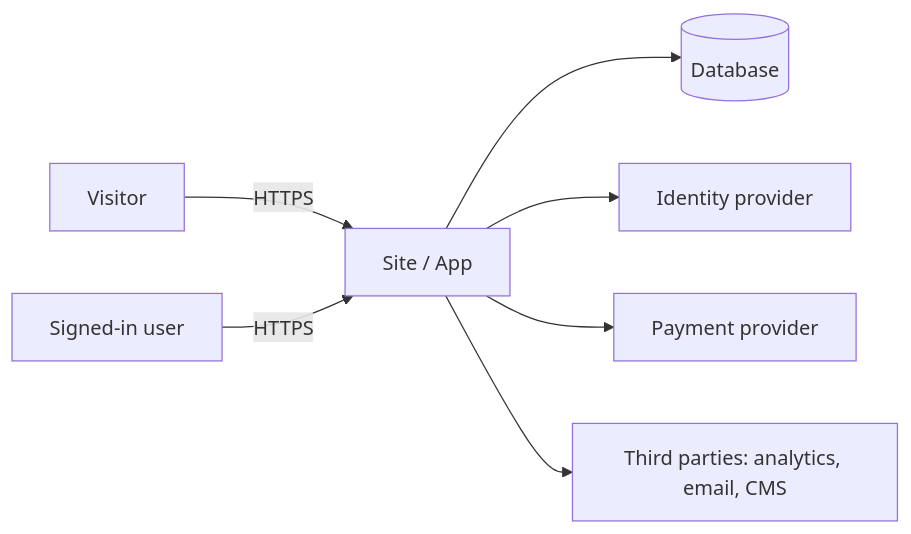
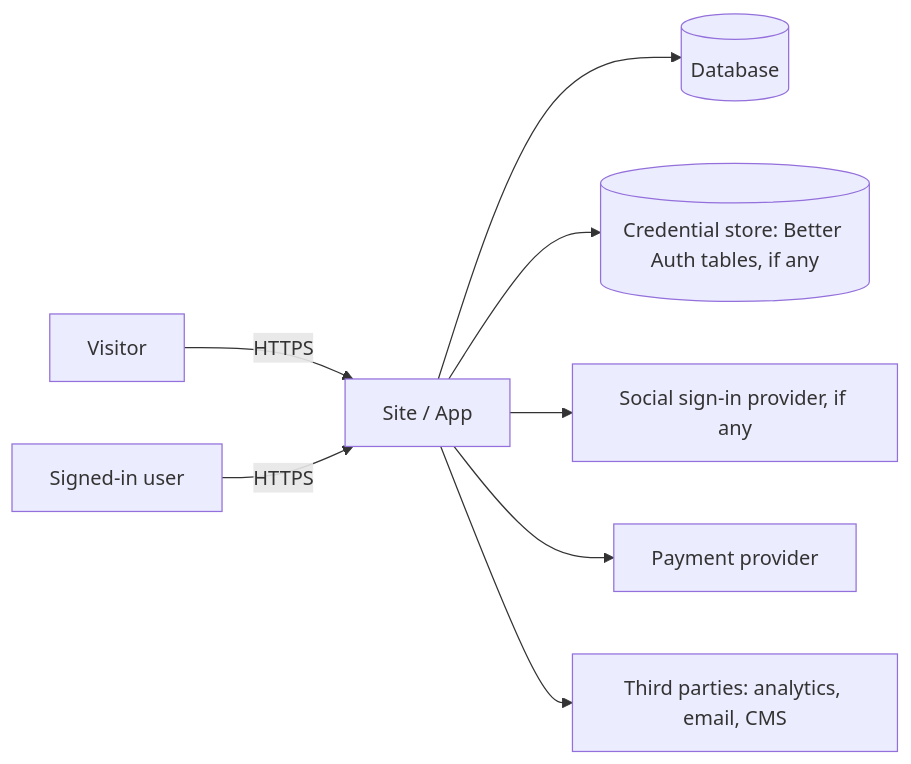
One commit to hiyuno/web-lab changed the diagram in skills/discovery/references/threat-model.md. Above: the diagram before and after it, drawn with Mermaid. The commit also changed other lines of this file and 23 other files, not shown here.

First line of the commit message:
Bring the stack up to date: Vercel, Better Auth, Astro 7, Drizzle

````diff
--- a/skills/discovery/references/threat-model.md
+++ b/skills/discovery/references/threat-model.md
@@ -11,9 +11,10 @@
 ```mermaid
 flowchart LR
   V[Visitor] -->|HTTPS| W[Site / App]
   U[Signed-in user] -->|HTTPS| W
   W --> DB[(Database)]
-  W --> ID[Identity provider]
+  W --> CS[(Credential store: Better Auth tables, if any)]
+  W --> ID[Social sign-in provider, if any]
   W --> PAY[Payment provider]
   W --> EXT[Third parties: analytics, email, CMS]
 ```
````
